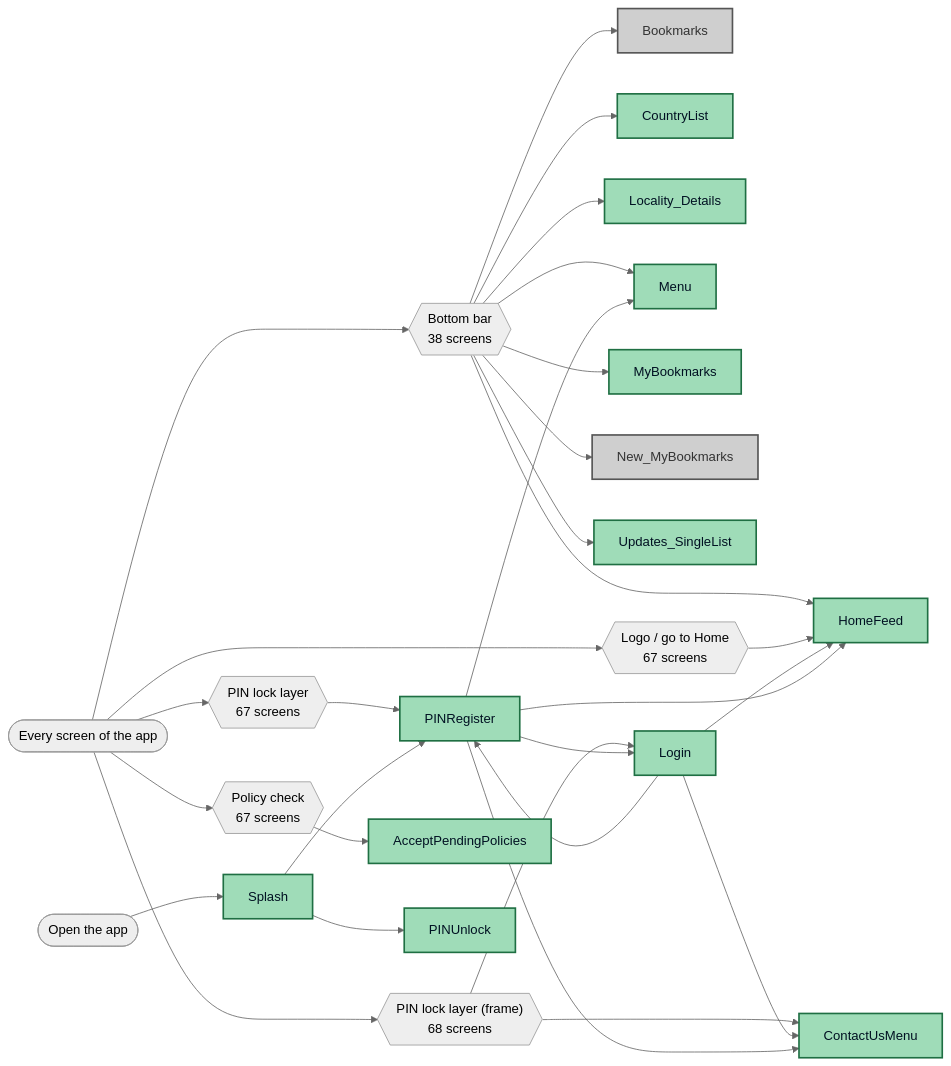
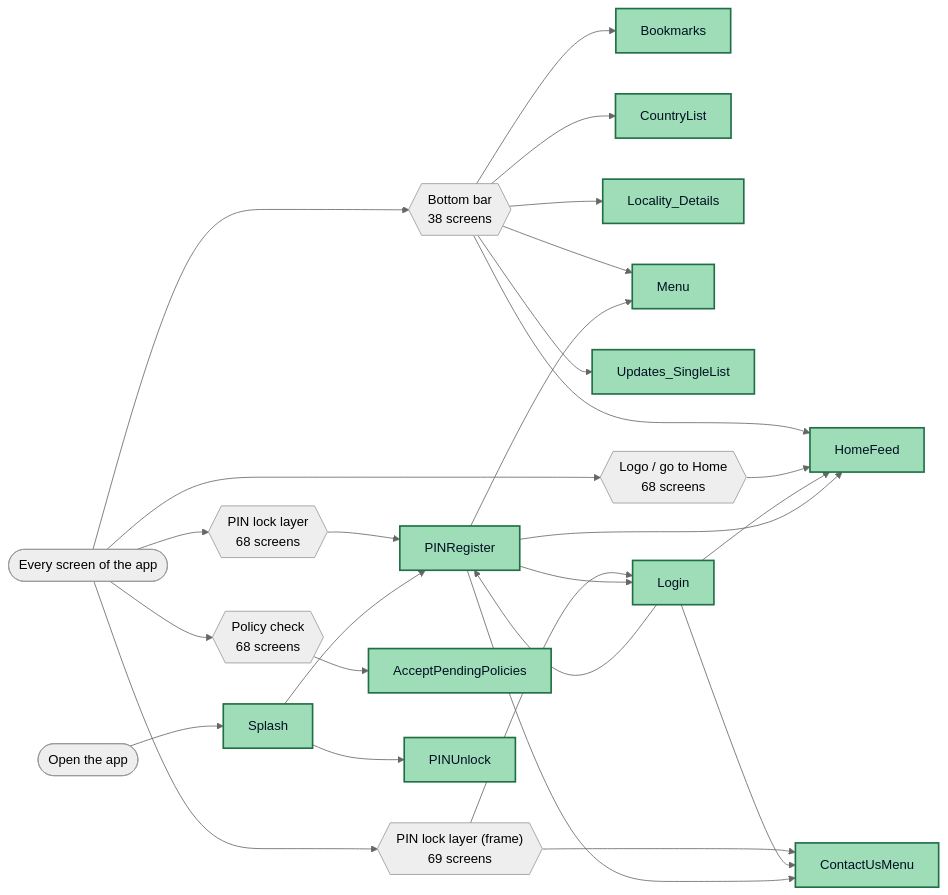
Before and after one commit to Phoenix-DX/connect-new-ui: the second of 14 diagrams in migration/sitemap.md, drawn with Mermaid (neutral theme). The commit also changed other lines of this file and 15 other files, not shown here.

````diff
--- a/migration/sitemap.md
+++ b/migration/sitemap.md
@@ -85,58 +86,54 @@
 ```mermaid
 flowchart LR
   classDef build fill:#9fdcb8,stroke:#1f6f43,color:#012,stroke-width:2px
   classDef skip fill:#cfcfcf,stroke:#555555,color:#333,stroke-width:2px
   classDef pbuild fill:#e3f5ea,stroke:#2e8b57,color:#123,stroke-dasharray:4 3
   classDef decide fill:#fff1c9,stroke:#c99700,color:#321,stroke-dasharray:4 3
   classDef pskip fill:#f2f2f2,stroke:#999999,color:#666,stroke-dasharray:4 3
   classDef ext fill:#ffffff,stroke:#7a8ca3,color:#345,stroke-dasharray:2 2
   classDef hub fill:#e8eefc,stroke:#5b74b8,color:#223
   ANY(["Every screen of the app"])
   B0{{"Bottom bar<br/>38 screens"}}
   ANY --> B0
-  Bookmarks["Bookmarks"]:::skip
+  Bookmarks["Bookmarks"]:::build
   B0 --> Bookmarks
   CountryList["CountryList"]:::build
   B0 --> CountryList
   HomeFeed["HomeFeed"]:::build
   B0 --> HomeFeed
   Locality_Details["Locality_Details"]:::build
   B0 --> Locality_Details
   Menu["Menu"]:::build
   B0 --> Menu
-  MyBookmarks["MyBookmarks"]:::build
-  B0 --> MyBookmarks
-  New_MyBookmarks["New_MyBookmarks"]:::skip
-  B0 --> New_MyBookmarks
   Updates_SingleList["Updates_SingleList"]:::build
   B0 --> Updates_SingleList
-  B1{{"Logo / go to Home<br/>67 screens"}}
+  B1{{"Logo / go to Home<br/>68 screens"}}
   ANY --> B1
   B1 --> HomeFeed
-  B2{{"PIN lock layer<br/>67 screens"}}
+  B2{{"PIN lock layer<br/>68 screens"}}
   ANY --> B2
   PINRegister["PINRegister"]:::build
   B2 --> PINRegister
-  B3{{"PIN lock layer (frame)<br/>68 screens"}}
+  B3{{"PIN lock layer (frame)<br/>69 screens"}}
   ANY --> B3
   ContactUsMenu["ContactUsMenu"]:::build
   B3 --> ContactUsMenu
   Login["Login"]:::build
   B3 --> Login
-  B4{{"Policy check<br/>67 screens"}}
+  B4{{"Policy check<br/>68 screens"}}
   ANY --> B4
   AcceptPendingPolicies["AcceptPendingPolicies"]:::build
   B4 --> AcceptPendingPolicies
   Splash["Splash"]:::build
   Splash --> PINRegister
   PINUnlock["PINUnlock"]:::build
   Splash --> PINUnlock
   Login --> ContactUsMenu
   Login --> HomeFeed
   Login --> PINRegister
   PINRegister --> ContactUsMenu
   PINRegister --> HomeFeed
   PINRegister --> Login
   PINRegister --> Menu
   START(["Open the app"]) --> Splash
 ```
````
